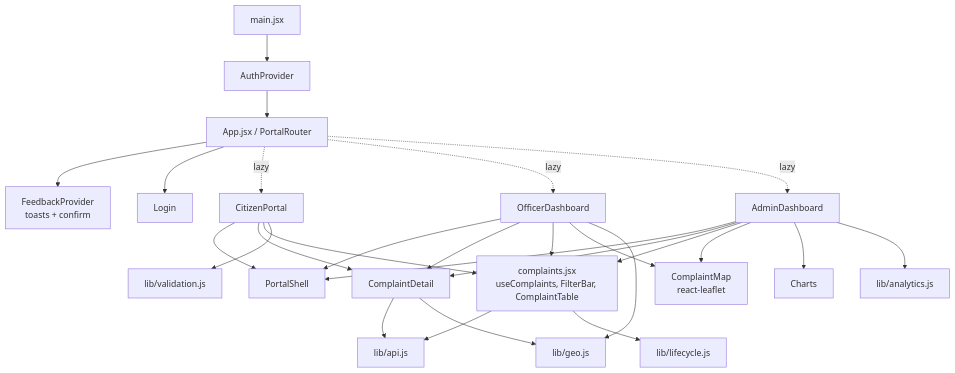
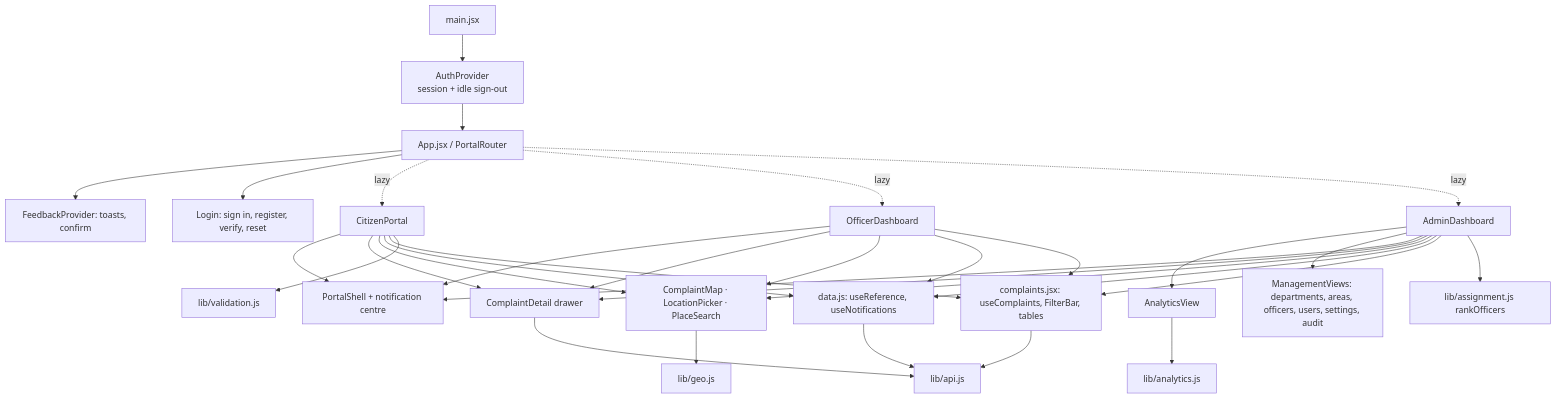
One commit to Yashwin2318/CivicTrack changed the eighth of 10 diagrams in docs/UML_DIAGRAMS.md. Above: the diagram before and after it, drawn with Mermaid. The commit also changed other lines of this file and 58 other files, not shown here.

````diff
--- a/docs/UML_DIAGRAMS.md
+++ b/docs/UML_DIAGRAMS.md
@@ -266,19 +325,21 @@
 ```mermaid
 flowchart TB
-  main[main.jsx] --> AP[AuthProvider] --> App[App.jsx / PortalRouter]
-  App --> FB[FeedbackProvider<br/>toasts + confirm]
-  App --> Login
+  main[main.jsx] --> AP[AuthProvider<br/>session + idle sign-out] --> App[App.jsx / PortalRouter]
+  App --> FB[FeedbackProvider: toasts, confirm]
+  App --> Login[Login: sign in, register, verify, reset]
   App -. lazy .-> CP[CitizenPortal]
   App -. lazy .-> OD[OfficerDashboard]
   App -. lazy .-> AD[AdminDashboard]
-  CP & OD & AD --> Shell[PortalShell]
-  CP & OD & AD --> Det[ComplaintDetail]
-  CP & OD & AD --> CC[complaints.jsx<br/>useComplaints, FilterBar, ComplaintTable]
-  AD & OD --> Map[ComplaintMap<br/>react-leaflet]
-  AD --> Charts
-  CC & Det --> API[lib/api.js]
-  CC --> LC[lib/lifecycle.js]
-  AD --> AN[lib/analytics.js]
-  OD & Det --> GEO[lib/geo.js]
+  AD --> AV[AnalyticsView]
+  AD --> MV[ManagementViews: departments, areas, officers, users, settings, audit]
+  CP & OD & AD --> Shell[PortalShell + notification centre]
+  CP & OD & AD --> Det[ComplaintDetail drawer]
+  CP & OD & AD --> Map[ComplaintMap · LocationPicker · PlaceSearch]
+  CP & OD & AD --> Data[data.js: useReference, useNotifications]
+  CP & OD & AD --> CC[complaints.jsx: useComplaints, FilterBar, tables]
+  Data & CC & Det --> API[lib/api.js]
+  AD --> ASG[lib/assignment.js rankOfficers]
+  AV --> AN[lib/analytics.js]
   CP --> VAL[lib/validation.js]
+  Map --> GEO[lib/geo.js]
 ```
````
